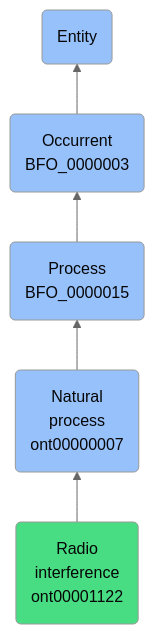
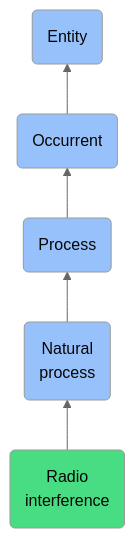
The diagram in docs/ontology/reference/model/Entity/Occurrent/Process/Natural process/Radio interference/Radio interference.md (jupyter-naas/abi), drawn with Mermaid (neutral theme) before and after one commit. The commit also changed other lines of this file and 1430 other files, not shown here.

````diff
--- a/docs/ontology/reference/model/Entity/Occurrent/Process/Natural process/Radio interference/Radio interference.md
+++ b/docs/ontology/reference/model/Entity/Occurrent/Process/Natural process/Radio interference/Radio interference.md
@@ -24,12 +24,12 @@
 ```mermaid
 graph BT
-    ont00001122(Radio<br>interference<br>ont00001122):::ABI-->ont00000007
-    ont00000007(Natural<br>process<br>ont00000007):::BFO-->BFO_0000015
-    BFO_0000015(Process<br>BFO_0000015):::BFO-->BFO_0000003
-    BFO_0000003(Occurrent<br>BFO_0000003):::BFO-->BFO_0000001
+    ont00001122(Radio<br>interference):::ABI-->ont00000007
+    ont00000007(Natural<br>process):::BFO-->BFO_0000015
+    BFO_0000015(Process):::BFO-->BFO_0000003
+    BFO_0000003(Occurrent):::BFO-->BFO_0000001
     BFO_0000001(Entity):::BFO
     
     classDef BFO fill:#97c1fb,color:#060606
     classDef CCO fill:#e4c51e,color:#060606
     classDef ABI fill:#48DD82,color:#060606
 ```
````
